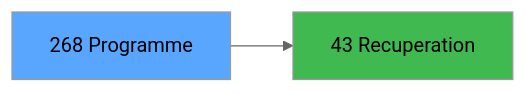
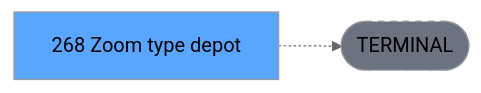
One commit to thonyAGP/lecteur-magic changed the third of 3 diagrams in .openspec/specs/ADH-IDE-268.md. Above: the diagram before and after it, drawn with Mermaid (neutral theme). The commit also changed other lines of this file and 701 other files, not shown here.

````diff
--- a/.openspec/specs/ADH-IDE-268.md
+++ b/.openspec/specs/ADH-IDE-268.md
@@ -151,8 +134,8 @@
 ```mermaid
 graph LR
-    T[268 Programme]
-    C43[43 Recuperation]
-    T --> C43
+    T[268 Zoom type depot]
+    TERM([TERMINAL])
+    T -.-> TERM
+    style TERM fill:#6b7280,stroke-dasharray: 5 5
     style T fill:#58a6ff,color:#000
-    style C43 fill:#3fb950
 ```
````
